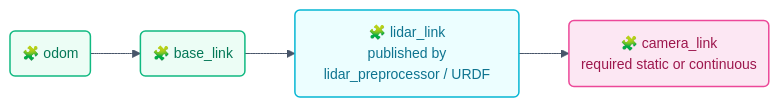
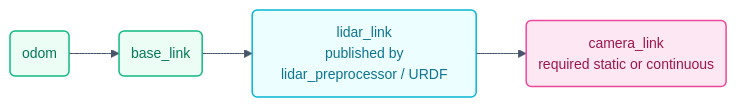
Before and after one commit to hwanhonglee/CAMROD: the third of 3 diagrams in camrod_perception/README.md, drawn with Mermaid. The commit also changed other lines of this file and 11 other files, not shown here.

First line of the commit message:
docs: fix Mermaid syntax errors and reduce emoji overuse in all READMEs

````diff
--- a/camrod_perception/README.md
+++ b/camrod_perception/README.md
@@ -148,18 +148,18 @@
 ```mermaid
 %%{init: {'theme': 'base', 'themeVariables': {'fontFamily': 'ui-sans-serif, system-ui, sans-serif', 'fontSize': '14px', 'primaryColor': '#EEF2FF', 'primaryTextColor': '#0F172A', 'primaryBorderColor': '#6366F1', 'lineColor': '#475569'}, 'flowchart': {'curve': 'basis', 'htmlLabels': true, 'padding': 12}}}%%
 graph LR
-  ODOM(🧩 odom)
-  BASE(🧩 base_link)
-  LIDAR(🧩 lidar_link\n published by lidar_preprocessor / URDF)
-  CAM(🧩 camera_link\n required static or continuous)
+  ODOM(odom)
+  BASE(base_link)
+  LIDAR(lidar_link\n published by lidar_preprocessor / URDF)
+  CAM(camera_link\n required static or continuous)
 
   ODOM --> BASE --> LIDAR --> CAM
 
   classDef localization fill:#ECFDF5,stroke:#10B981,stroke-width:1.5px,color:#047857;
   classDef sensing      fill:#ECFEFF,stroke:#06B6D4,stroke-width:1.5px,color:#0E7490;
   classDef perception   fill:#FCE7F3,stroke:#EC4899,stroke-width:1.5px,color:#9D174D;
 
   class ODOM,BASE localization
   class LIDAR sensing
   class CAM perception
 ```
````
